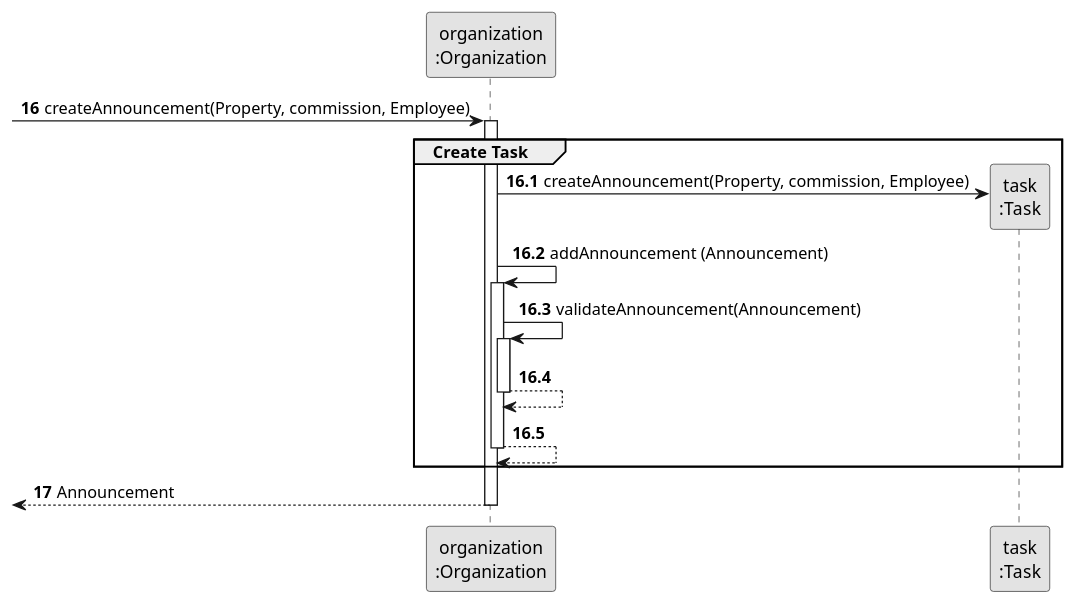
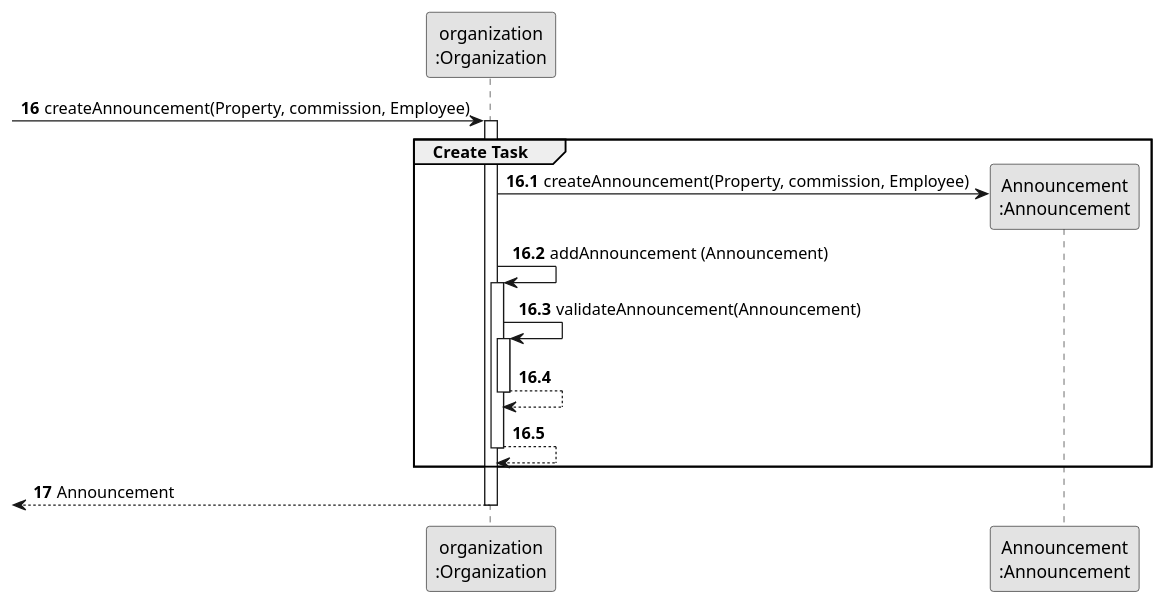
The diagram in lei-22-s2-1do-g68/docs/SprintB/us002/03.design/puml/us002-sequence-diagram-partial-create-Announcement.puml (hugosilva2901/lei-22-s2-1DO-g68), drawn with PlantUML before and after one commit. The commit also changed 2 other files, not shown here.

Commit message:
Diagrama de sequencia full done

```diff
--- a/lei-22-s2-1do-g68/docs/SprintB/us002/03.design/puml/us002-sequence-diagram-partial-create-Announcement.puml
+++ b/lei-22-s2-1do-g68/docs/SprintB/us002/03.design/puml/us002-sequence-diagram-partial-create-Announcement.puml
@@ -1,34 +1,34 @@
 @startuml
 skinparam monochrome true
 skinparam packageStyle rectangle
 skinparam shadowing false
 
 participant "organization\n:Organization" as ORG
-participant "task\n:Task" as TAREFA
+participant "Announcement\n:Announcement" as TAREFA
 
 autonumber 16
 -> ORG: createAnnouncement(Property, commission, Employee)
 
 autonumber 16.1
 activate ORG
     group Create Task
 
         ORG -> TAREFA**: createAnnouncement(Property, commission, Employee)
         ORG -> ORG: addAnnouncement (Announcement)
 
         activate ORG
             ORG -> ORG: validateAnnouncement(Announcement)
             activate ORG
                 ORG --> ORG
             deactivate ORG
 
             ORG --> ORG
         deactivate ORG
     end
 
     autonumber 17
     <-- ORG : Announcement
 deactivate ORG
 
 
 @enduml
```
